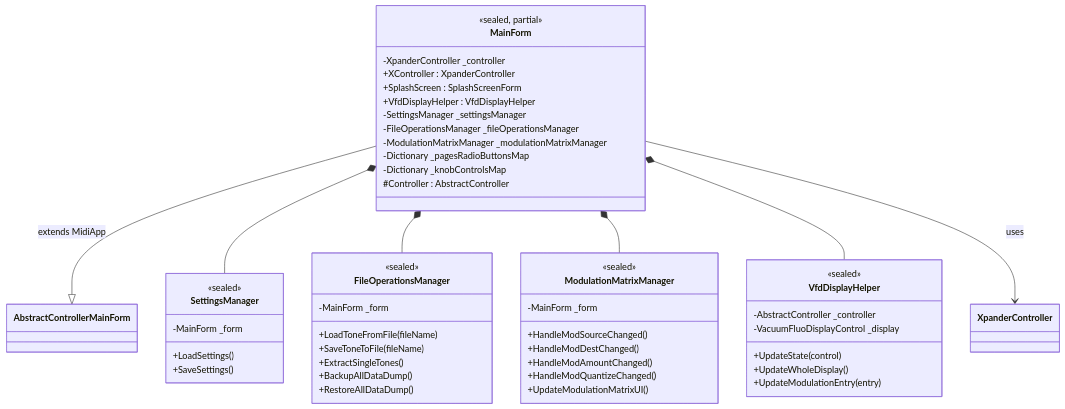
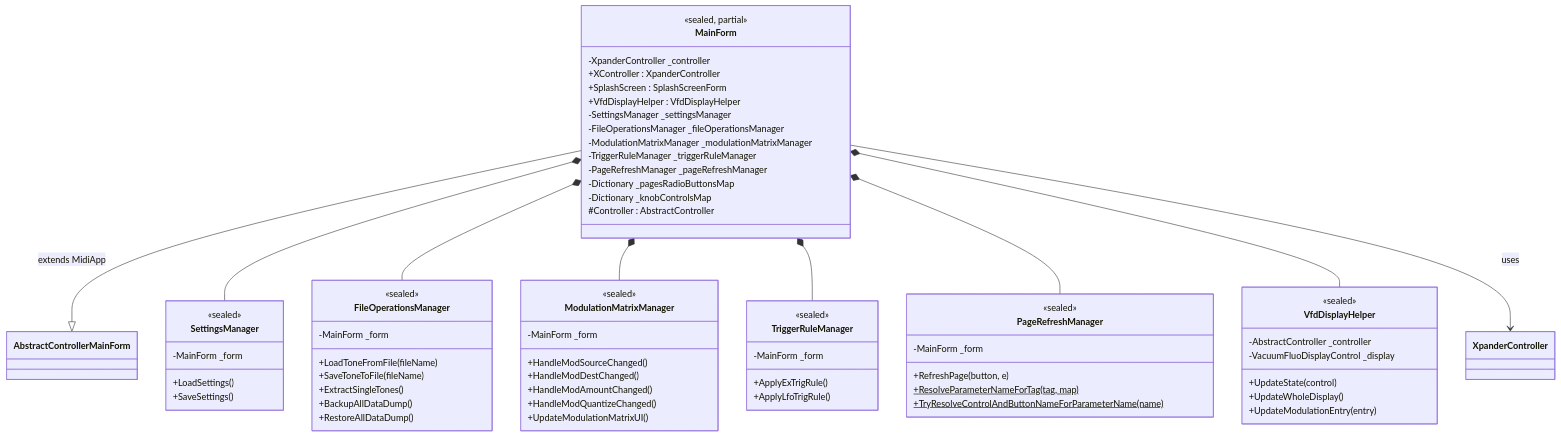
Before and after one commit to xplorer2716/XplorerEditor: the eighth of 12 diagrams in Xplorer/docs/architecture-static.md, drawn with Mermaid. The commit also changed other lines of this file and 1 other file, not shown here.

Commit message:
TASK-UI-005: update architecture docs — add TriggerRuleManager, PageRefreshManager, PageFamilyDescriptor, new dynamic flow diagrams

````diff
--- a/Xplorer/docs/architecture-static.md
+++ b/Xplorer/docs/architecture-static.md
@@ -419,61 +419,80 @@
 ```mermaid
 classDiagram
     direction TB
 
     class MainForm {
         <<sealed, partial>>
         -XpanderController _controller
         +XController : XpanderController
         +SplashScreen : SplashScreenForm
         +VfdDisplayHelper : VfdDisplayHelper
         -SettingsManager _settingsManager
         -FileOperationsManager _fileOperationsManager
         -ModulationMatrixManager _modulationMatrixManager
+        -TriggerRuleManager _triggerRuleManager
+        -PageRefreshManager _pageRefreshManager
         -Dictionary _pagesRadioButtonsMap
         -Dictionary _knobControlsMap
         #Controller : AbstractController
     }
 
     class SettingsManager {
         <<sealed>>
         -MainForm _form
         +LoadSettings()
         +SaveSettings()
     }
 
     class FileOperationsManager {
         <<sealed>>
         -MainForm _form
         +LoadToneFromFile(fileName)
         +SaveToneToFile(fileName)
         +ExtractSingleTones()
         +BackupAllDataDump()
         +RestoreAllDataDump()
     }
 
     class ModulationMatrixManager {
         <<sealed>>
         -MainForm _form
         +HandleModSourceChanged()
         +HandleModDestChanged()
         +HandleModAmountChanged()
         +HandleModQuantizeChanged()
         +UpdateModulationMatrixUI()
     }
 
+    class TriggerRuleManager {
+        <<sealed>>
+        -MainForm _form
+        +ApplyExTrigRule()
+        +ApplyLfoTrigRule()
+    }
+
+    class PageRefreshManager {
+        <<sealed>>
+        -MainForm _form
+        +RefreshPage(button, e)
+        +ResolveParameterNameForTag(tag, map)$
+        +TryResolveControlAndButtonNameForParameterName(name)$
+    }
+
     class VfdDisplayHelper {
         <<sealed>>
         -AbstractController _controller
         -VacuumFluoDisplayControl _display
         +UpdateState(control)
         +UpdateWholeDisplay()
         +UpdateModulationEntry(entry)
     }
 
     MainForm --|> AbstractControllerMainForm : extends MidiApp
     MainForm *-- SettingsManager
     MainForm *-- FileOperationsManager
     MainForm *-- ModulationMatrixManager
+    MainForm *-- TriggerRuleManager
+    MainForm *-- PageRefreshManager
     MainForm *-- VfdDisplayHelper
     MainForm --> XpanderController : uses
 ```
````
